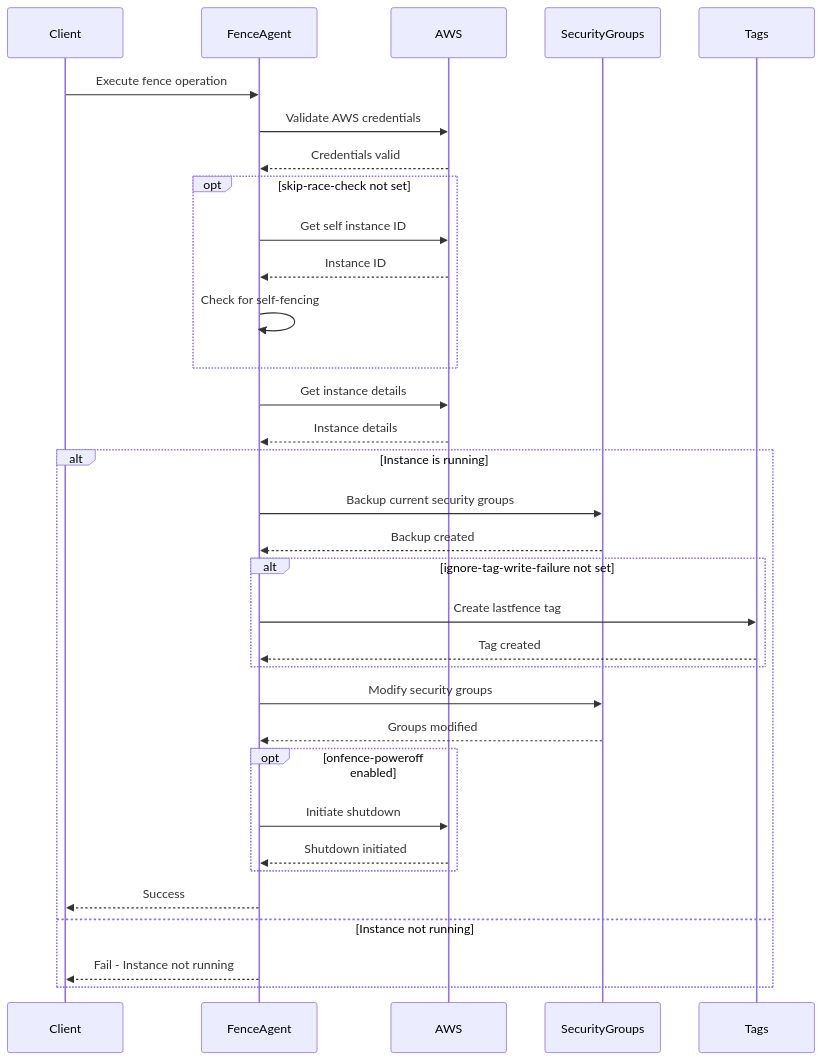
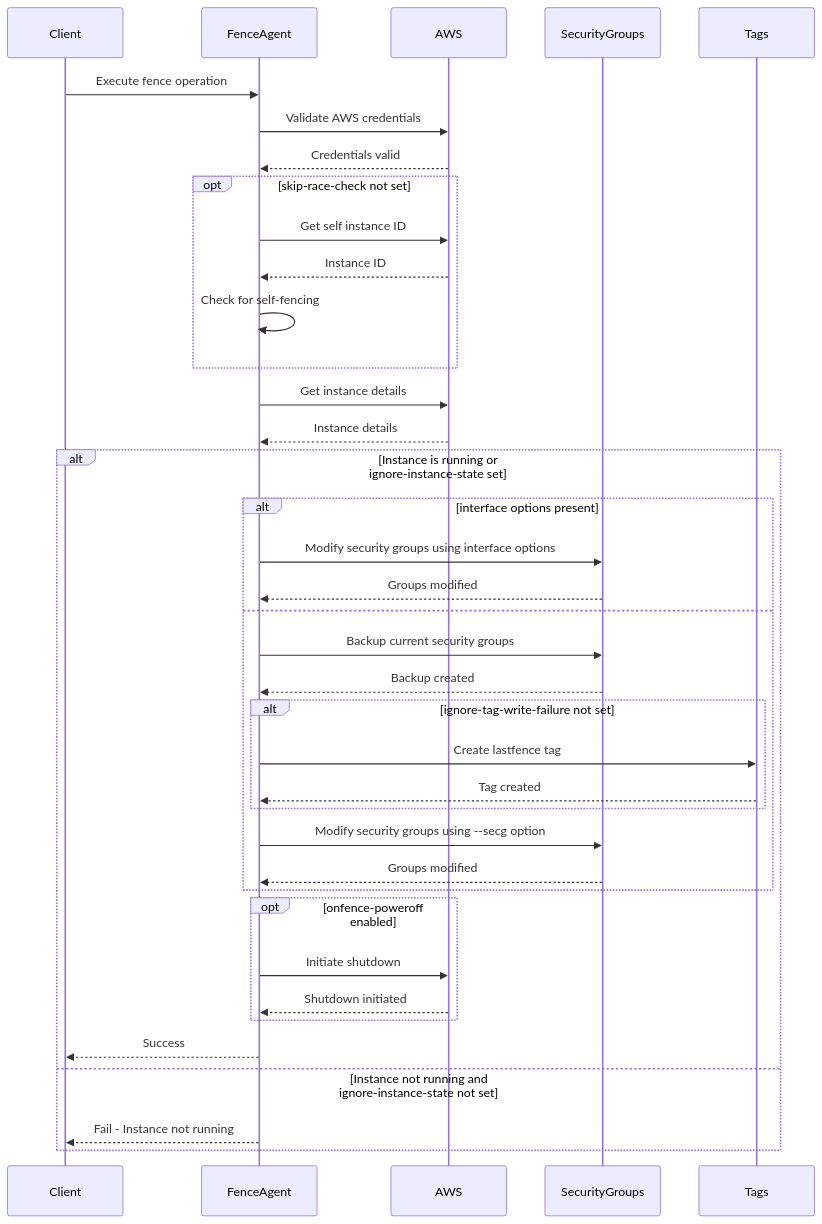
The second of 3 diagrams in agents/aws_vpc_net/readme.md (ClusterLabs/fence-agents), drawn with Mermaid before and after one commit. The commit also changed other lines of this file and 2 other files, not shown here.

Commit message:
fence_aws_vpc_net: new fence agent for AWS VPC Net

````diff
--- a/agents/aws_vpc_net/readme.md
+++ b/agents/aws_vpc_net/readme.md
@@ -61,43 +64,48 @@
 ```mermaid
 sequenceDiagram
     participant Client
     participant FenceAgent
     participant AWS
     participant SecurityGroups
     participant Tags
 
     Client->>FenceAgent: Execute fence operation
     FenceAgent->>AWS: Validate AWS credentials
     AWS-->>FenceAgent: Credentials valid
 
     opt skip-race-check not set
         FenceAgent->>AWS: Get self instance ID
         AWS-->>FenceAgent: Instance ID
         FenceAgent->>FenceAgent: Check for self-fencing
     end
 
     FenceAgent->>AWS: Get instance details
     AWS-->>FenceAgent: Instance details
 
-    alt Instance is running
-        FenceAgent->>SecurityGroups: Backup current security groups
-        SecurityGroups-->>FenceAgent: Backup created
+    alt Instance is running or ignore-instance-state set
+        alt interface options present
+            FenceAgent->>SecurityGroups: Modify security groups using interface options
+            SecurityGroups-->>FenceAgent: Groups modified
+        else
+            FenceAgent->>SecurityGroups: Backup current security groups
+            SecurityGroups-->>FenceAgent: Backup created
 
-        alt ignore-tag-write-failure not set
-            FenceAgent->>Tags: Create lastfence tag
-            Tags-->>FenceAgent: Tag created
+            alt ignore-tag-write-failure not set
+                FenceAgent->>Tags: Create lastfence tag
+                Tags-->>FenceAgent: Tag created
+            end
+
+            FenceAgent->>SecurityGroups: Modify security groups using --secg option
+            SecurityGroups-->>FenceAgent: Groups modified
         end
-
-        FenceAgent->>SecurityGroups: Modify security groups
-        SecurityGroups-->>FenceAgent: Groups modified
 
         opt onfence-poweroff enabled
             FenceAgent->>AWS: Initiate shutdown
             AWS-->>FenceAgent: Shutdown initiated
         end
 
         FenceAgent-->>Client: Success
-    else Instance not running
+    else Instance not running and ignore-instance-state not set
         FenceAgent-->>Client: Fail - Instance not running
     end
 ```
````
